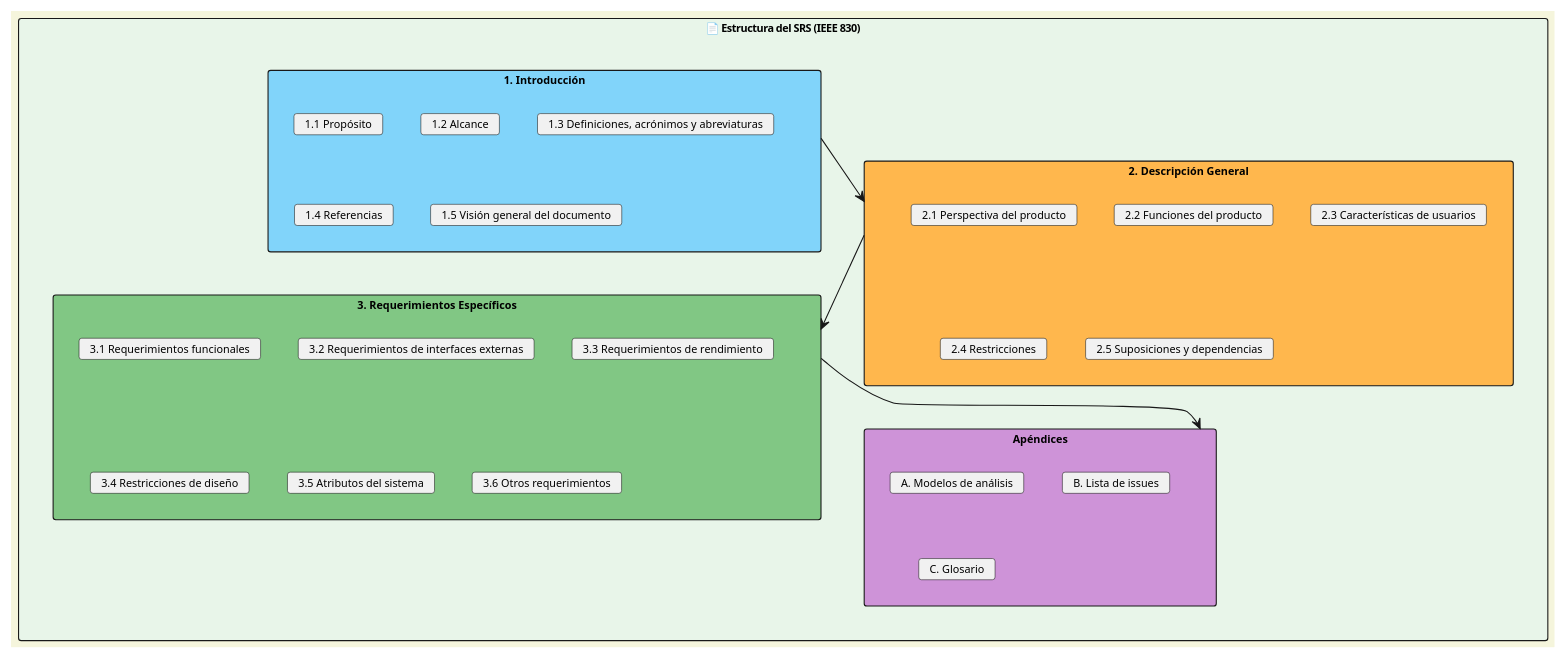
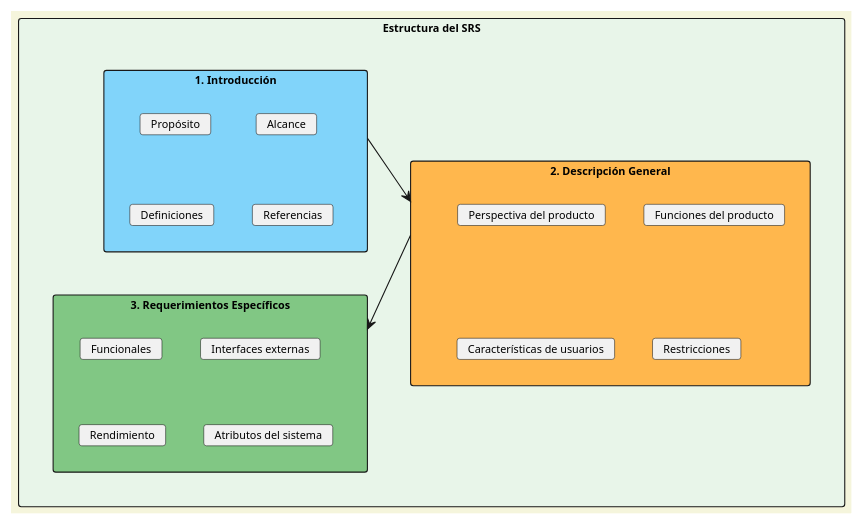
The first of 3 diagrams in src/content/docs/is/requerimientos/documentacion.mdx (deguidev/deguidocs), drawn with PlantUML before and after one commit. The commit also changed other lines of this file and 1 other file, not shown here.

```diff
--- a/src/content/docs/is/requerimientos/documentacion.mdx
+++ b/src/content/docs/is/requerimientos/documentacion.mdx
@@ -114,43 +68,32 @@
 @startuml
 skinparam backgroundColor beige
 skinparam defaultFontSize 10
 
-rectangle "📄 Estructura del SRS (IEEE 830)" as srs #E8F5E9 {
+rectangle "Estructura del SRS" as srs #E8F5E9 {
   
   rectangle "1. Introducción" as intro #81D4FA {
-    card "1.1 Propósito"
-    card "1.2 Alcance"
-    card "1.3 Definiciones, acrónimos y abreviaturas"
-    card "1.4 Referencias"
-    card "1.5 Visión general del documento"
+    card "Propósito"
+    card "Alcance"
+    card "Definiciones"
+    card "Referencias"
   }
   
   rectangle "2. Descripción General" as desc #FFB74D {
-    card "2.1 Perspectiva del producto"
-    card "2.2 Funciones del producto"
-    card "2.3 Características de usuarios"
-    card "2.4 Restricciones"
-    card "2.5 Suposiciones y dependencias"
+    card "Perspectiva del producto"
+    card "Funciones del producto"
+    card "Características de usuarios"
+    card "Restricciones"
   }
   
   rectangle "3. Requerimientos Específicos" as req #81C784 {
-    card "3.1 Requerimientos funcionales"
-    card "3.2 Requerimientos de interfaces externas"
-    card "3.3 Requerimientos de rendimiento"
-    card "3.4 Restricciones de diseño"
-    card "3.5 Atributos del sistema"
-    card "3.6 Otros requerimientos"
-  }
-  
-  rectangle "Apéndices" as apend #CE93D8 {
-    card "A. Modelos de análisis"
-    card "B. Lista de issues"
-    card "C. Glosario"
+    card "Funcionales"
+    card "Interfaces externas"
+    card "Rendimiento"
+    card "Atributos del sistema"
   }
 }
 
 intro -down-> desc
 desc -down-> req
-req -down-> apend
 
 @enduml
```
